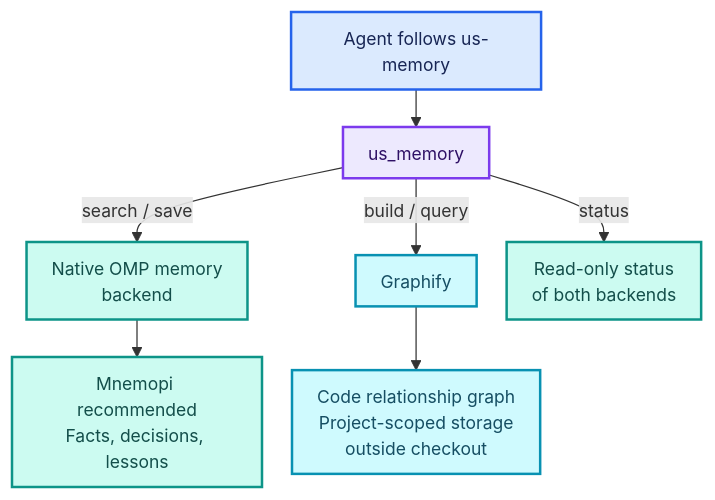
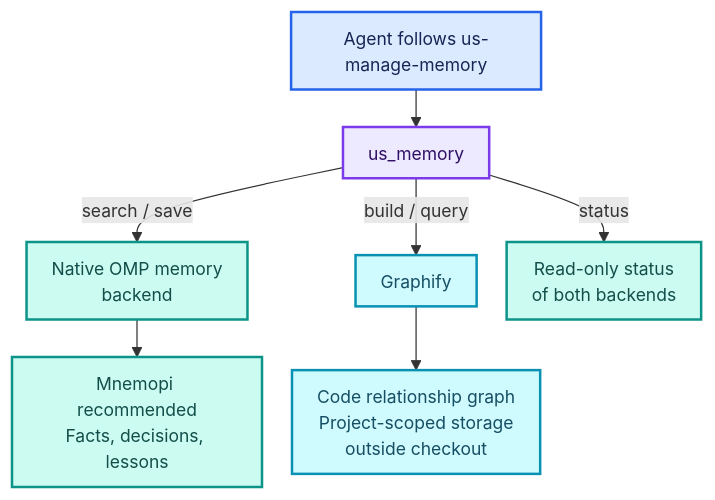
One commit to MSpiechowicz/harness-useful-skills changed the second of 2 diagrams in README.md. Above: the diagram before and after it, drawn with Mermaid. The commit also changed other lines of this file and 112 other files, not shown here.

````diff
--- a/README.md
+++ b/README.md
@@ -299,18 +300,18 @@
 ```mermaid
 flowchart TD
 %%{init: {"flowchart":{"useMaxWidth":true,"nodeSpacing":24,"rankSpacing":30,"padding":10,"wrappingWidth":160},"themeVariables":{"fontSize":"14px"}}}%%
-    agent["Agent follows us-memory"] --> tool["us_memory"]
+    agent["Agent follows us-manage-memory"] --> tool["us_memory"]
     tool -->|search / save| native["Native OMP memory<br/>backend"]
     native --> facts["Mnemopi recommended<br/>Facts, decisions, lessons"]
     tool -->|build / query| graphify["Graphify"]
     graphify --> code["Code relationship graph<br/>Project-scoped storage<br/>outside checkout"]
     tool -->|status| status["Read-only status<br/>of both backends"]
     classDef blue fill:#dbeafe,stroke:#2563eb,color:#172554,stroke-width:2px;
     classDef violet fill:#ede9fe,stroke:#7c3aed,color:#2e1065,stroke-width:2px;
     classDef teal fill:#ccfbf1,stroke:#0d9488,color:#134e4a,stroke-width:2px;
     classDef cyan fill:#cffafe,stroke:#0891b2,color:#164e63,stroke-width:2px;
     class agent blue;
     class tool violet;
     class native,facts,status teal;
     class graphify,code cyan;
 ```
````
